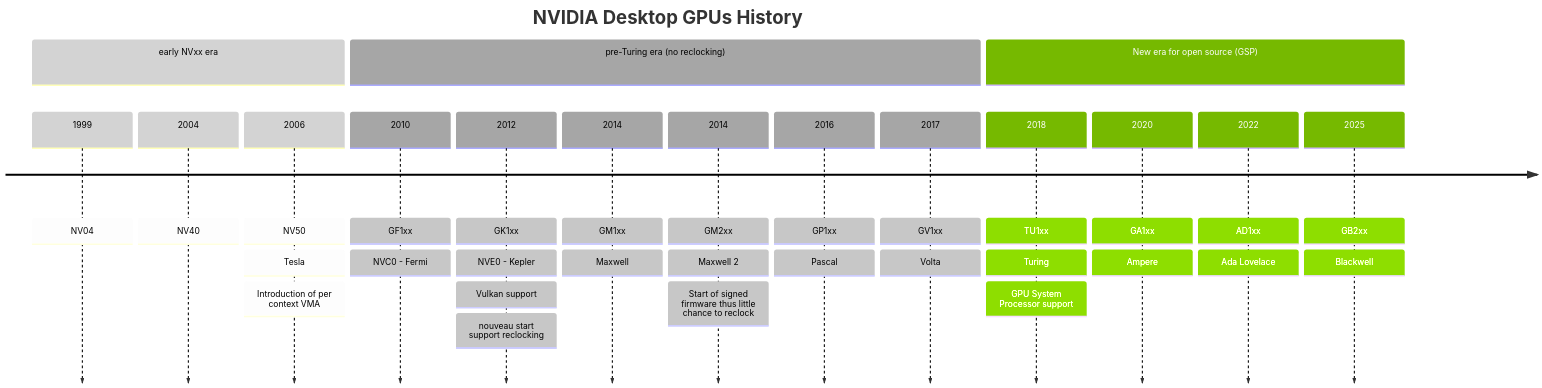
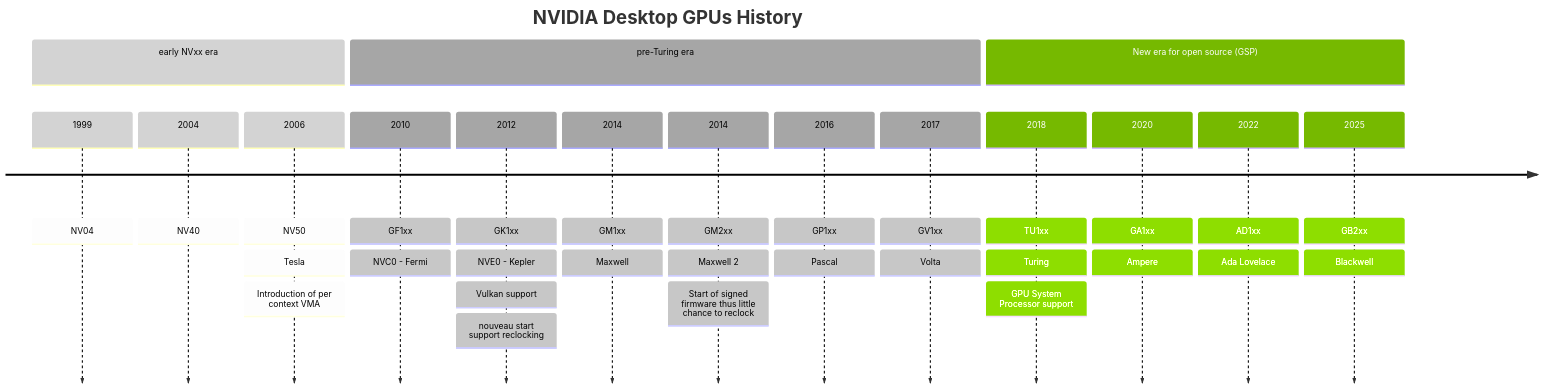
One commit to lucmann/lucmann.github.io changed the diagram in source/_posts/lnx/nouveau.md. Above: the diagram before and after it, drawn with Mermaid.

Commit message:
linux: nouveau

````diff
--- a/source/_posts/lnx/nouveau.md
+++ b/source/_posts/lnx/nouveau.md
@@ -8,31 +8,31 @@
 ```mermaid
 ---
 config:
     theme: 'default'
     themeVariables:
         cScale0: '#d3d3d3'
         cScaleLabel0: '#000000'
         cScale1: '#a6a6a6'
         cScaleLabel1: '#000000'
         cScale2: '#76b900'
         cScaleLabel2: '#ffffff'
 ---
 timeline
     title NVIDIA Desktop GPUs History
     section early NVxx era
         1999 : NV04
         2004 : NV40
         2006 : NV50 : Tesla : Introduction of per context VMA
-    section pre-Turing era (no reclocking)
+    section pre-Turing era
         2010 : GF1xx : NVC0 - Fermi
         2012 : GK1xx : NVE0 - Kepler : Vulkan support : nouveau start support reclocking
         2014 : GM1xx : Maxwell
         2014 : GM2xx : Maxwell 2 : Start of signed firmware thus little chance to reclock
         2016 : GP1xx : Pascal
         2017 : GV1xx : Volta
     section New era for open source (GSP)
         2018 : TU1xx : Turing : GPU System Processor support
         2020 : GA1xx : Ampere
         2022 : AD1xx : Ada Lovelace
         2025 : GB2xx : Blackwell
 ```
````
